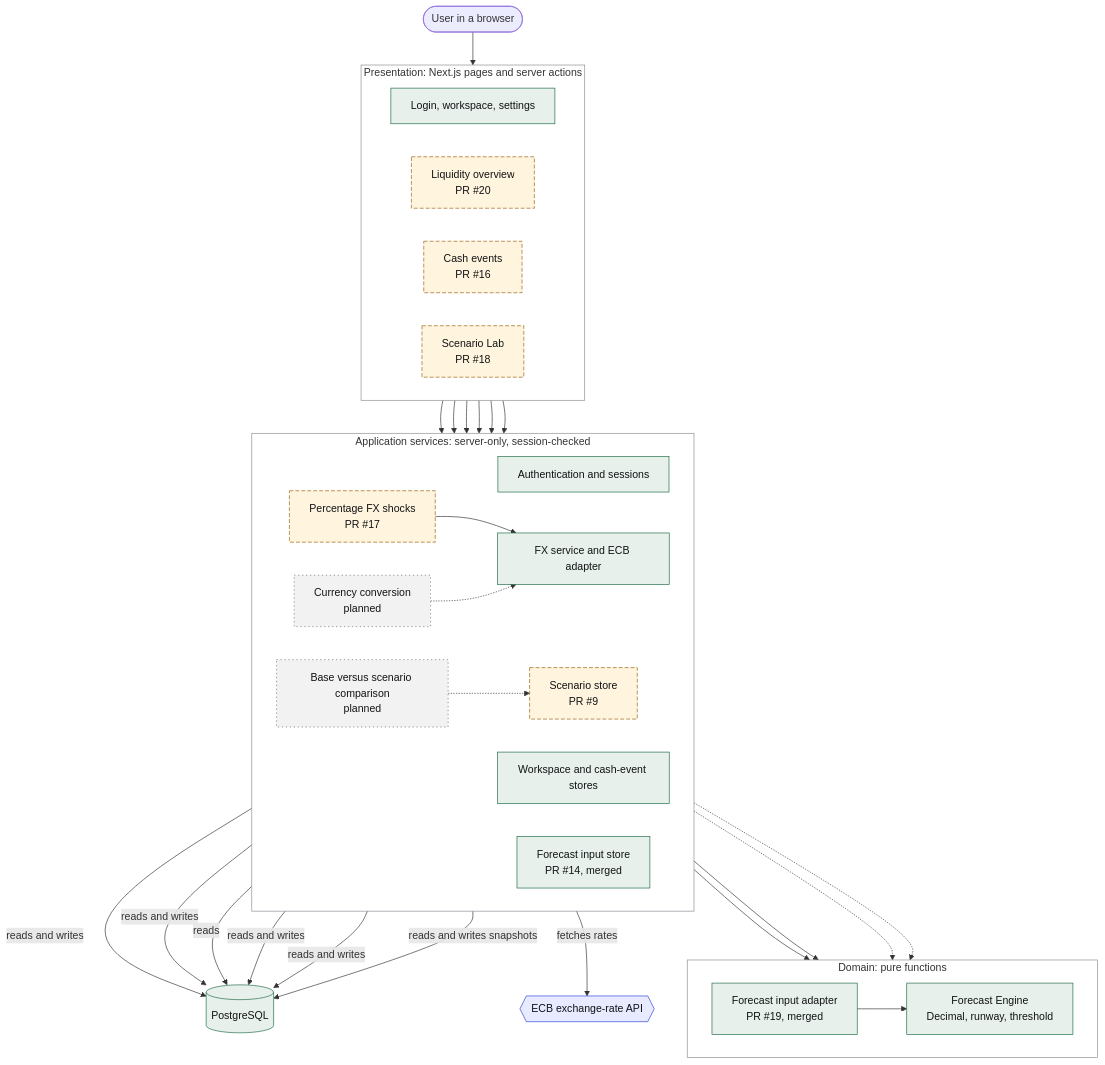
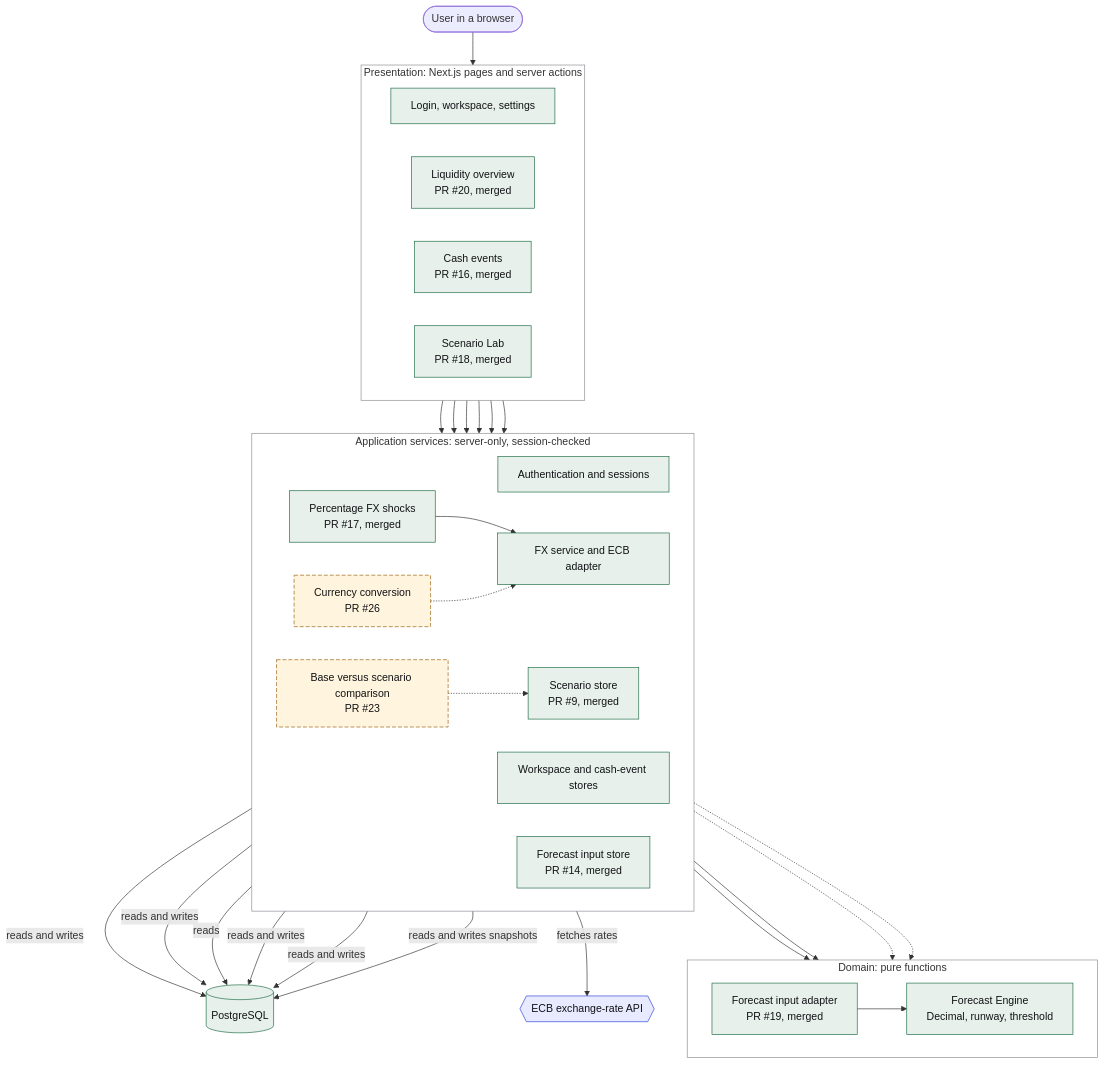
Before and after one commit to spqrcode/fseproject: the diagram in docs/architecture.md, drawn with Mermaid. The commit also changed other lines of this file and 3 other files, not shown here.

````diff
--- a/docs/architecture.md
+++ b/docs/architecture.md
@@ -7,65 +7,65 @@
 ```mermaid
 flowchart TB
   classDef done fill:#e7f0ea,stroke:#1e6b45,color:#121316
   classDef pr fill:#fff4dd,stroke:#9a5d0c,stroke-dasharray:6 3,color:#121316
   classDef plan fill:#f2f2f2,stroke:#6b6d74,stroke-dasharray:2 4,color:#121316
   classDef ext fill:#e8eaff,stroke:#2b3fd6,color:#121316
 
   User([User in a browser])
 
   subgraph Pres["Presentation: Next.js pages and server actions"]
     direction LR
     UI["Login, workspace, settings"]:::done
-    Overview["Liquidity overview<br/>PR #20"]:::pr
-    Events["Cash events<br/>PR #16"]:::pr
-    Lab["Scenario Lab<br/>PR #18"]:::pr
+    Overview["Liquidity overview<br/>PR #20, merged"]:::done
+    Events["Cash events<br/>PR #16, merged"]:::done
+    Lab["Scenario Lab<br/>PR #18, merged"]:::done
   end
 
   subgraph Svc["Application services: server-only, session-checked"]
     direction LR
     Auth["Authentication and sessions"]:::done
     Stores["Workspace and cash-event stores"]:::done
     Input["Forecast input store<br/>PR #14, merged"]:::done
-    Scen["Scenario store<br/>PR #9"]:::pr
-    Shock["Percentage FX shocks<br/>PR #17"]:::pr
+    Scen["Scenario store<br/>PR #9, merged"]:::done
+    Shock["Percentage FX shocks<br/>PR #17, merged"]:::done
     FX["FX service and ECB adapter"]:::done
-    Conv["Currency conversion<br/>planned"]:::plan
-    Cmp["Base versus scenario comparison<br/>planned"]:::plan
+    Conv["Currency conversion<br/>PR #26"]:::pr
+    Cmp["Base versus scenario comparison<br/>PR #23"]:::pr
   end
 
   subgraph Dom["Domain: pure functions"]
     direction LR
     Adapter["Forecast input adapter<br/>PR #19, merged"]:::done
     Engine["Forecast Engine<br/>Decimal, runway, threshold"]:::done
   end
 
   DB[("PostgreSQL")]:::done
   ECB{{"ECB exchange-rate API"}}:::ext
 
   User --> Pres
   UI --> Auth
   UI --> Stores
   Events --> Stores
   Overview --> Input
   Lab --> Scen
   Lab --> Shock
   Input --> Adapter
   Adapter --> Engine
   Scen --> Engine
   Auth -- "reads and writes" --> DB
   Stores -- "reads and writes" --> DB
   Input -- "reads" --> DB
   Scen -- "reads and writes" --> DB
   Shock -- "reads and writes" --> DB
   FX -- "reads and writes snapshots" --> DB
   FX -- "fetches rates" --> ECB
   Shock --> FX
   Conv -.-> FX
   Conv -.-> Engine
   Cmp -.-> Scen
   Cmp -.-> Engine
 
   style Pres fill:#ffffff,stroke:#8b8d93
   style Svc fill:#ffffff,stroke:#8b8d93
   style Dom fill:#ffffff,stroke:#8b8d93
 ```
````
